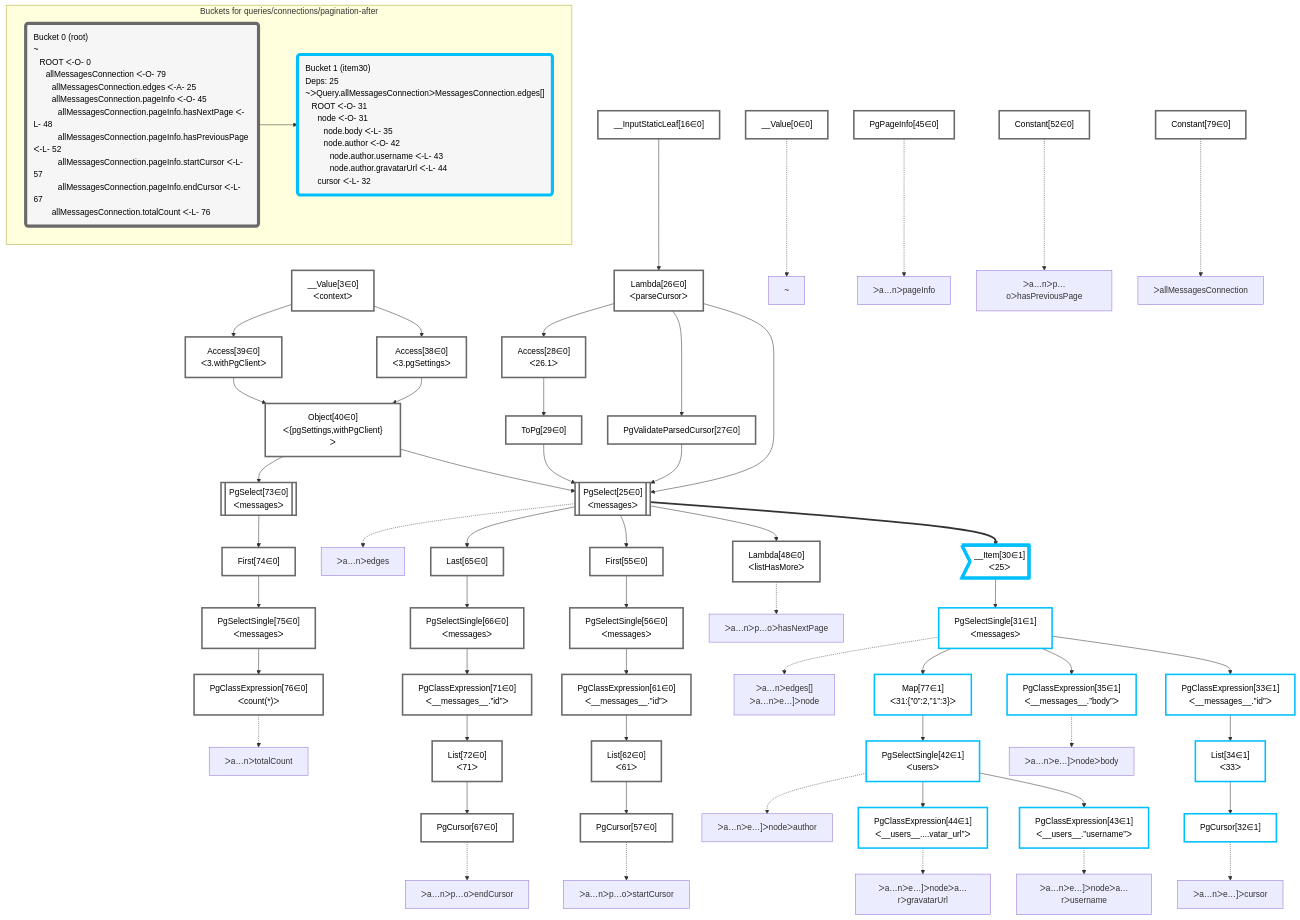
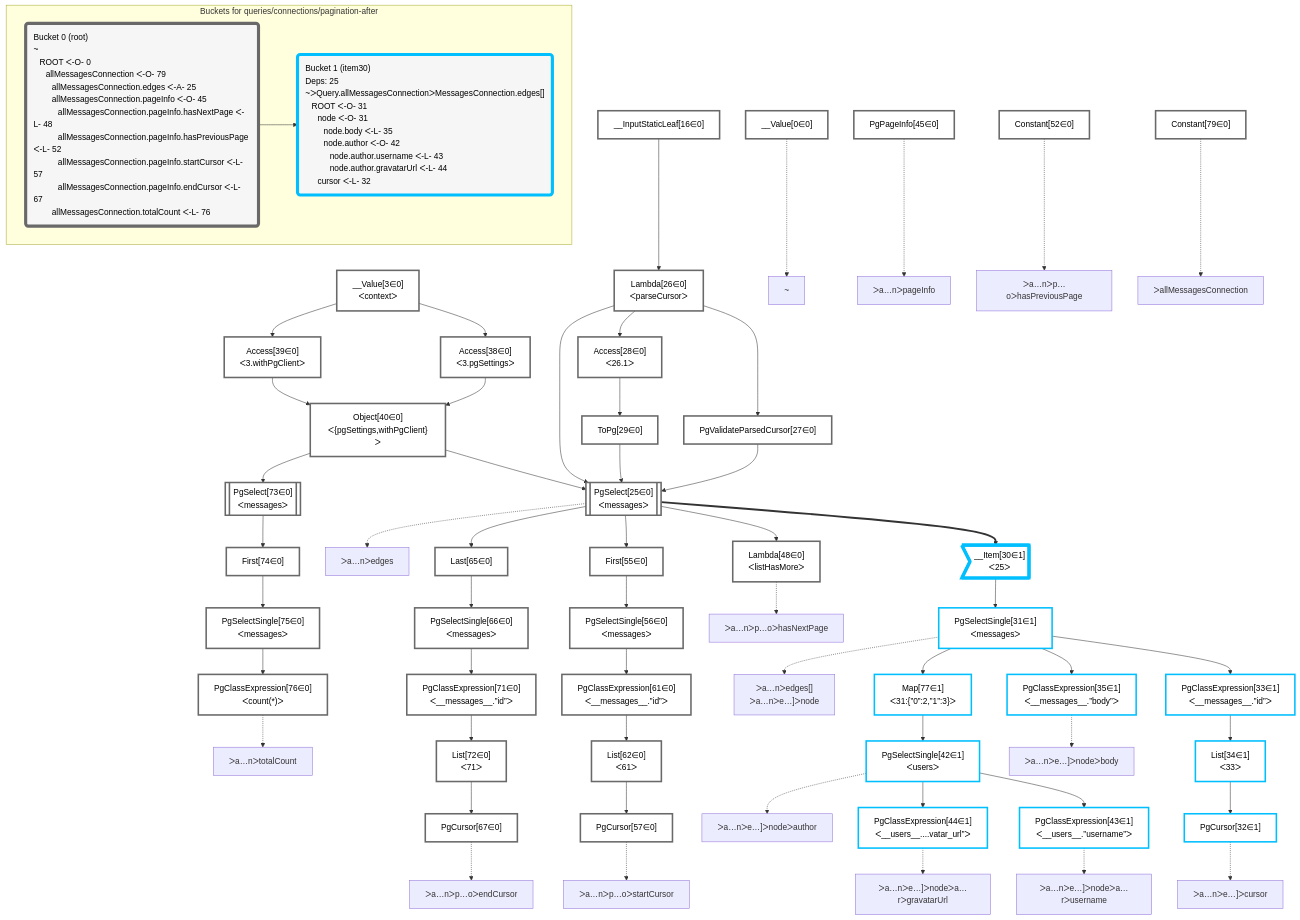
One commit to graphile/crystal changed the diagram in packages/dataplan-pg/__tests__/queries/connections/pagination-after.mermaid.md. Above: the diagram before and after it, drawn with Mermaid. The commit also changed other lines of this file and 195 other files, not shown here.

Commit message:
Reorder graphs

```diff
--- a/packages/dataplan-pg/__tests__/queries/connections/pagination-after.mermaid.md
+++ b/packages/dataplan-pg/__tests__/queries/connections/pagination-after.mermaid.md
@@ -9,79 +9,79 @@
 
     %% define plans
     __Value0["__Value[0∈0]"]:::plan
+    __Value3["__Value[3∈0]<br />ᐸcontextᐳ"]:::plan
+    __InputStaticLeaf16["__InputStaticLeaf[16∈0]"]:::plan
+    Access38["Access[38∈0]<br />ᐸ3.pgSettingsᐳ"]:::plan
+    Access39["Access[39∈0]<br />ᐸ3.withPgClientᐳ"]:::plan
+    Object40["Object[40∈0]<br />ᐸ{pgSettings,withPgClient}ᐳ"]:::plan
+    Constant79["Constant[79∈0]"]:::plan
+    Lambda26["Lambda[26∈0]<br />ᐸparseCursorᐳ"]:::plan
+    PgValidateParsedCursor27["PgValidateParsedCursor[27∈0]"]:::plan
+    Access28["Access[28∈0]<br />ᐸ26.1ᐳ"]:::plan
+    ToPg29["ToPg[29∈0]"]:::plan
+    PgSelect25[["PgSelect[25∈0]<br />ᐸmessagesᐳ"]]:::plan
+    __Item30>"__Item[30∈1]<br />ᐸ25ᐳ"]:::itemplan
+    PgSelectSingle31["PgSelectSingle[31∈1]<br />ᐸmessagesᐳ"]:::plan
+    PgClassExpression33["PgClassExpression[33∈1]<br />ᐸ__messages__.”id”ᐳ"]:::plan
+    List34["List[34∈1]<br />ᐸ33ᐳ"]:::plan
     PgCursor32["PgCursor[32∈1]"]:::plan
-    List34["List[34∈1]<br />ᐸ33ᐳ"]:::plan
-    PgClassExpression33["PgClassExpression[33∈1]<br />ᐸ__messages__.”id”ᐳ"]:::plan
     PgClassExpression35["PgClassExpression[35∈1]<br />ᐸ__messages__.”body”ᐳ"]:::plan
+    Map77["Map[77∈1]<br />ᐸ31:{”0”:2,”1”:3}ᐳ"]:::plan
+    PgSelectSingle42["PgSelectSingle[42∈1]<br />ᐸusersᐳ"]:::plan
     PgClassExpression43["PgClassExpression[43∈1]<br />ᐸ__users__.”username”ᐳ"]:::plan
     PgClassExpression44["PgClassExpression[44∈1]<br />ᐸ__users__....vatar_url”ᐳ"]:::plan
-    PgSelectSingle42["PgSelectSingle[42∈1]<br />ᐸusersᐳ"]:::plan
-    Map77["Map[77∈1]<br />ᐸ31:{”0”:2,”1”:3}ᐳ"]:::plan
-    PgSelectSingle31["PgSelectSingle[31∈1]<br />ᐸmessagesᐳ"]:::plan
-    __Item30>"__Item[30∈1]<br />ᐸ25ᐳ"]:::itemplan
+    PgPageInfo45["PgPageInfo[45∈0]"]:::plan
     Lambda48["Lambda[48∈0]<br />ᐸlistHasMoreᐳ"]:::plan
+    Constant52["Constant[52∈0]"]:::plan
+    First55["First[55∈0]"]:::plan
+    PgSelectSingle56["PgSelectSingle[56∈0]<br />ᐸmessagesᐳ"]:::plan
+    PgClassExpression61["PgClassExpression[61∈0]<br />ᐸ__messages__.”id”ᐳ"]:::plan
+    List62["List[62∈0]<br />ᐸ61ᐳ"]:::plan
     PgCursor57["PgCursor[57∈0]"]:::plan
-    List62["List[62∈0]<br />ᐸ61ᐳ"]:::plan
-    PgClassExpression61["PgClassExpression[61∈0]<br />ᐸ__messages__.”id”ᐳ"]:::plan
-    PgSelectSingle56["PgSelectSingle[56∈0]<br />ᐸmessagesᐳ"]:::plan
-    First55["First[55∈0]"]:::plan
+    Last65["Last[65∈0]"]:::plan
+    PgSelectSingle66["PgSelectSingle[66∈0]<br />ᐸmessagesᐳ"]:::plan
+    PgClassExpression71["PgClassExpression[71∈0]<br />ᐸ__messages__.”id”ᐳ"]:::plan
+    List72["List[72∈0]<br />ᐸ71ᐳ"]:::plan
     PgCursor67["PgCursor[67∈0]"]:::plan
-    List72["List[72∈0]<br />ᐸ71ᐳ"]:::plan
-    PgClassExpression71["PgClassExpression[71∈0]<br />ᐸ__messages__.”id”ᐳ"]:::plan
-    PgSelectSingle66["PgSelectSingle[66∈0]<br />ᐸmessagesᐳ"]:::plan
-    Last65["Last[65∈0]"]:::plan
-    PgSelect25[["PgSelect[25∈0]<br />ᐸmessagesᐳ"]]:::plan
+    PgSelect73[["PgSelect[73∈0]<br />ᐸmessagesᐳ"]]:::plan
+    First74["First[74∈0]"]:::plan
+    PgSelectSingle75["PgSelectSingle[75∈0]<br />ᐸmessagesᐳ"]:::plan
     PgClassExpression76["PgClassExpression[76∈0]<br />ᐸcount(*)ᐳ"]:::plan
-    PgSelectSingle75["PgSelectSingle[75∈0]<br />ᐸmessagesᐳ"]:::plan
-    First74["First[74∈0]"]:::plan
-    PgSelect73[["PgSelect[73∈0]<br />ᐸmessagesᐳ"]]:::plan
-    Object40["Object[40∈0]<br />ᐸ{pgSettings,withPgClient}ᐳ"]:::plan
-    Access38["Access[38∈0]<br />ᐸ3.pgSettingsᐳ"]:::plan
-    Access39["Access[39∈0]<br />ᐸ3.withPgClientᐳ"]:::plan
-    __Value3["__Value[3∈0]<br />ᐸcontextᐳ"]:::plan
-    PgValidateParsedCursor27["PgValidateParsedCursor[27∈0]"]:::plan
-    ToPg29["ToPg[29∈0]"]:::plan
-    Access28["Access[28∈0]<br />ᐸ26.1ᐳ"]:::plan
-    Lambda26["Lambda[26∈0]<br />ᐸparseCursorᐳ"]:::plan
-    __InputStaticLeaf16["__InputStaticLeaf[16∈0]"]:::plan
-    Constant79["Constant[79∈0]"]:::plan
-    PgPageInfo45["PgPageInfo[45∈0]"]:::plan
-    Constant52["Constant[52∈0]"]:::plan
 
     %% plan dependencies
+    __Value3 --> Access38
+    __Value3 --> Access39
+    Access38 & Access39 --> Object40
+    __InputStaticLeaf16 --> Lambda26
+    Lambda26 --> PgValidateParsedCursor27
+    Lambda26 --> Access28
+    Access28 --> ToPg29
+    Object40 & Lambda26 & PgValidateParsedCursor27 & ToPg29 --> PgSelect25
+    PgSelect25 ==> __Item30
+    __Item30 --> PgSelectSingle31
+    PgSelectSingle31 --> PgClassExpression33
+    PgClassExpression33 --> List34
     List34 --> PgCursor32
-    PgClassExpression33 --> List34
-    PgSelectSingle31 --> PgClassExpression33
     PgSelectSingle31 --> PgClassExpression35
+    PgSelectSingle31 --> Map77
+    Map77 --> PgSelectSingle42
     PgSelectSingle42 --> PgClassExpression43
     PgSelectSingle42 --> PgClassExpression44
-    Map77 --> PgSelectSingle42
-    PgSelectSingle31 --> Map77
-    __Item30 --> PgSelectSingle31
-    PgSelect25 ==> __Item30
     PgSelect25 --> Lambda48
+    PgSelect25 --> First55
+    First55 --> PgSelectSingle56
+    PgSelectSingle56 --> PgClassExpression61
+    PgClassExpression61 --> List62
     List62 --> PgCursor57
-    PgClassExpression61 --> List62
-    PgSelectSingle56 --> PgClassExpression61
-    First55 --> PgSelectSingle56
-    PgSelect25 --> First55
+    PgSelect25 --> Last65
+    Last65 --> PgSelectSingle66
+    PgSelectSingle66 --> PgClassExpression71
+    PgClassExpression71 --> List72
     List72 --> PgCursor67
-    PgClassExpression71 --> List72
-    PgSelectSingle66 --> PgClassExpression71
-    Last65 --> PgSelectSingle66
-    PgSelect25 --> Last65
-    Object40 & Lambda26 & PgValidateParsedCursor27 & ToPg29 --> PgSelect25
+    Object40 --> PgSelect73
+    PgSelect73 --> First74
+    First74 --> PgSelectSingle75
     PgSelectSingle75 --> PgClassExpression76
-    First74 --> PgSelectSingle75
-    PgSelect73 --> First74
-    Object40 --> PgSelect73
-    Access38 & Access39 --> Object40
-    __Value3 --> Access38
-    __Value3 --> Access39
-    Lambda26 --> PgValidateParsedCursor27
-    Access28 --> ToPg29
-    Lambda26 --> Access28
-    __InputStaticLeaf16 --> Lambda26
 
     %% plan-to-path relationships
     P0["~"]
```
